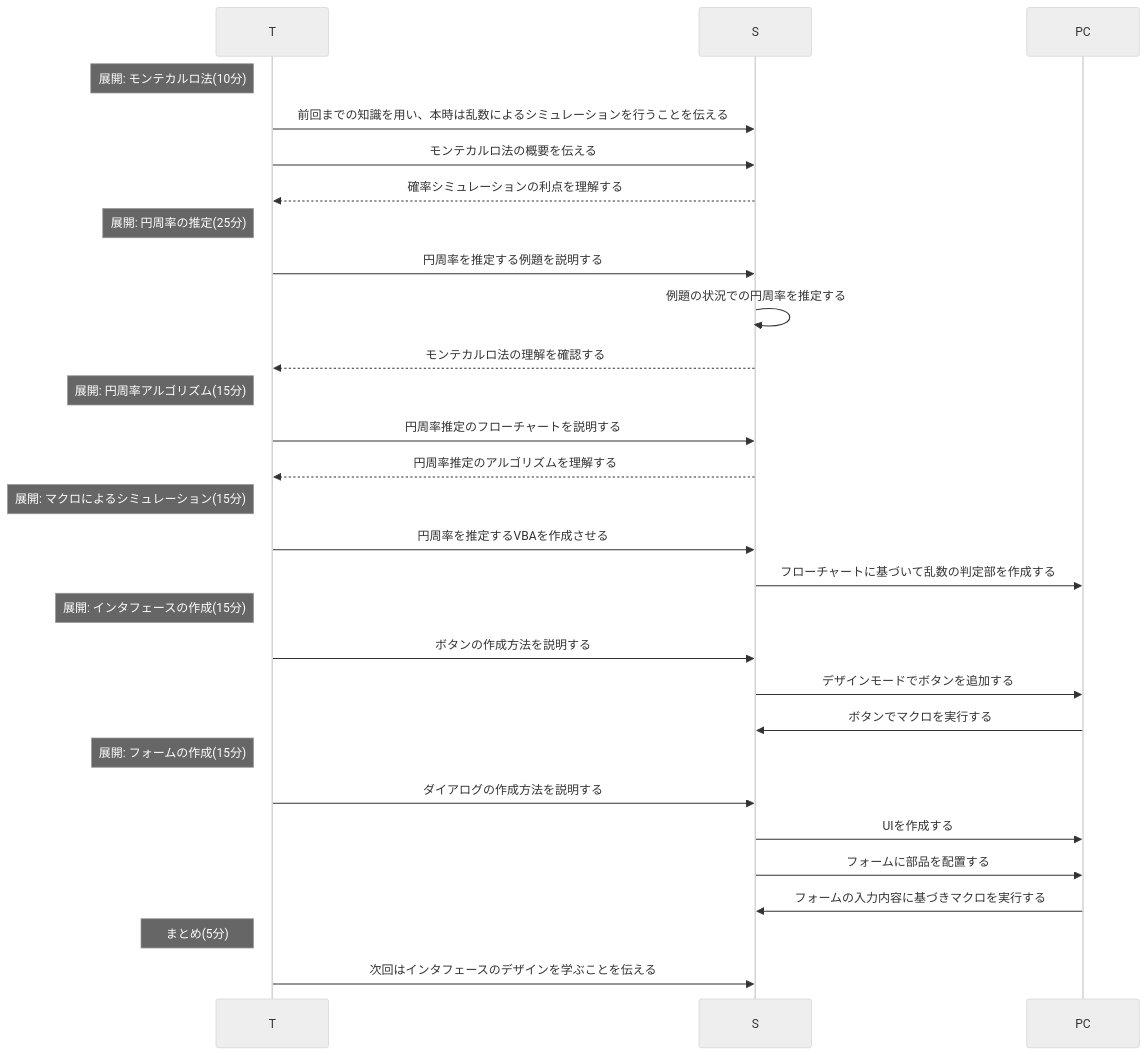
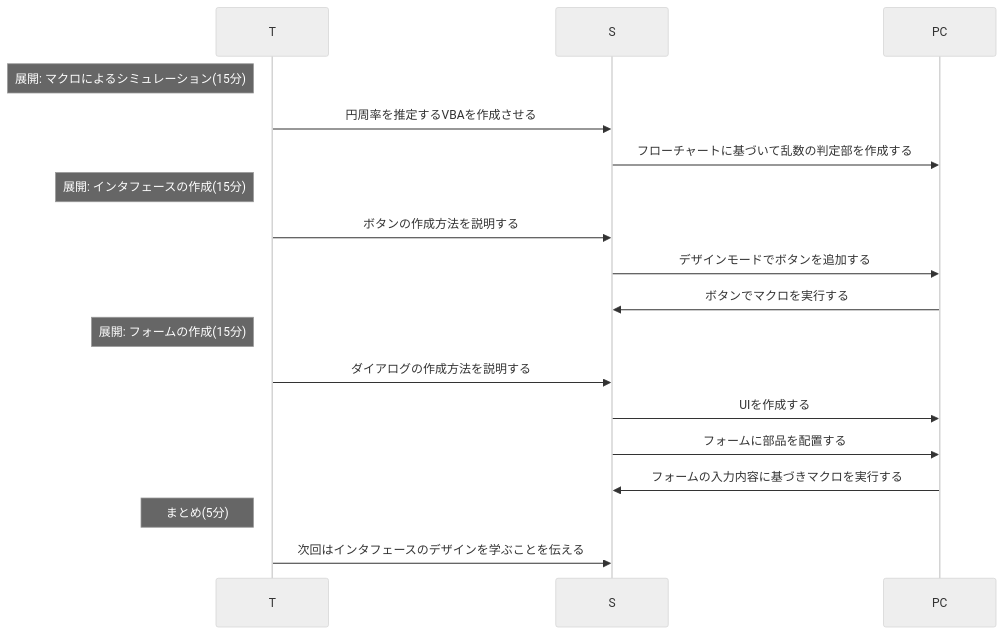
One commit to saireya/plan-informatics changed the second of 2 diagrams in programming/simulation.md. Above: the diagram before and after it, drawn with Mermaid (neutral theme).

Commit message:
Seped seqdiag

````diff
--- a/programming/simulation.md
+++ b/programming/simulation.md
@@ -18,38 +40,24 @@
 ```mermaid
 sequenceDiagram
 	participant T
 	participant S
 	participant PC
-
-Note left of T: 展開: モンテカルロ法(10分)
-	T->>S: 前回までの知識を用い、本時は乱数によるシミュレーションを行うことを伝える
-	T->>S: モンテカルロ法の概要を伝える
-	S-->>T: 確率シミュレーションの利点を理解する
-
-Note left of T: 展開: 円周率の推定(25分)
-	T->>S: 円周率を推定する例題を説明する
-	S->>S: 例題の状況での円周率を推定する
-	S-->>T: モンテカルロ法の理解を確認する
-
-Note left of T: 展開: 円周率アルゴリズム(15分)
-	T->>S: 円周率推定のフローチャートを説明する
-	S-->>T: 円周率推定のアルゴリズムを理解する
 
 Note left of T: 展開: マクロによるシミュレーション(15分)
 	T->>S: 円周率を推定するVBAを作成させる
 	S->>PC: フローチャートに基づいて乱数の判定部を作成する
 
 Note left of T: 展開: インタフェースの作成(15分)
 	T->>S: ボタンの作成方法を説明する
 	S->>PC: デザインモードでボタンを追加する
 	PC->>S: ボタンでマクロを実行する
 
 Note left of T: 展開: フォームの作成(15分)
 	T->>S: ダイアログの作成方法を説明する
 	S->>PC: UIを作成する
 	S->>PC: フォームに部品を配置する
 	PC->>S: フォームの入力内容に基づきマクロを実行する
 
 Note left of T: まとめ(5分)
 	T->>S: 次回はインタフェースのデザインを学ぶことを伝える
 ```
````
